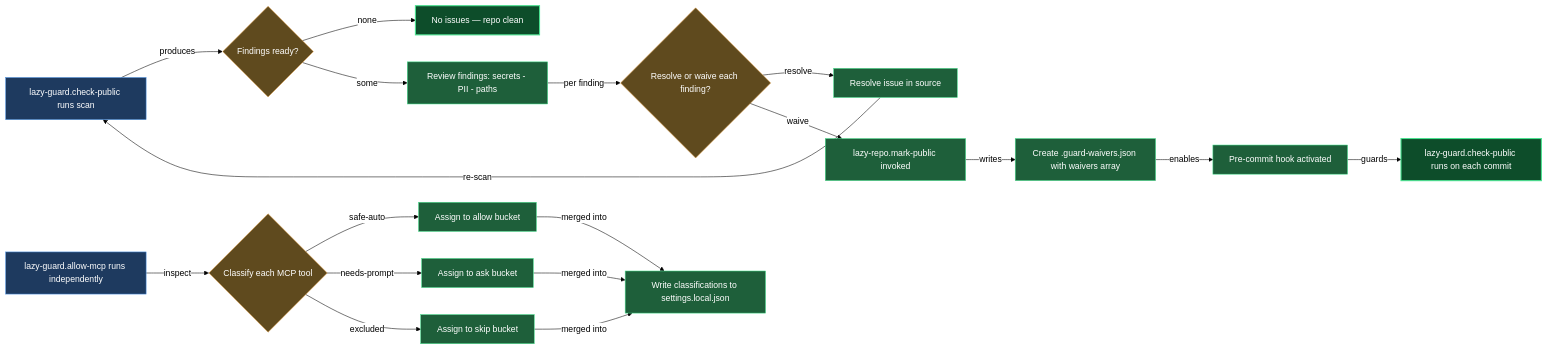
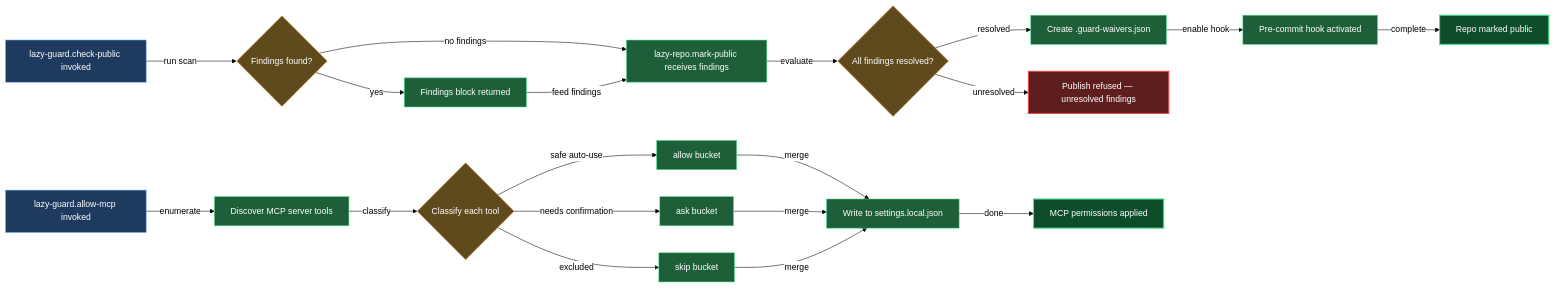
The diagram in Claude/lazycortex-core/help/guardian.md (mebius-san/lazy-cortex), drawn with Mermaid before and after one commit. The commit also changed other lines of this file and 96 other files, not shown here.

````diff
--- a/Claude/lazycortex-core/help/guardian.md
+++ b/Claude/lazycortex-core/help/guardian.md
@@ -66,62 +66,66 @@
 ```mermaid
 %%{init: {'themeVariables':{'background':'transparent','lineColor':'#000','textColor':'#000','edgeLabelBackground':'#fff'},'themeCSS':'.edgeLabel{background-color:transparent!important}.edgeLabel p{background-color:transparent!important}','flowchart':{'diagramPadding':5,'useMaxWidth':true}}}%%
 flowchart LR
-  runCheckPublic[lazy-guard.check-public runs scan]
-  findingsReady{Findings ready?}
-  noFindings[No issues — repo clean]
-  reviewFindings[Review findings: secrets - PII - paths]
-  resolveOrWaive{Resolve or waive each finding?}
-  resolveIssue[Resolve issue in source]
-  invokeMarkPublic[lazy-repo.mark-public invoked]
-  createWaivers[Create .guard-waivers.json with waivers array]
+  invokeCheckPublic[lazy-guard.check-public invoked]
+  scanRepo{Findings found?}
+  findingsBlock[Findings block returned]
+  invokeMarkPublic[lazy-repo.mark-public receives findings]
+  resolveFindings{All findings resolved?}
+  createWaivers[Create .guard-waivers.json]
   activateHook[Pre-commit hook activated]
-  hookGuardsCommits[lazy-guard.check-public runs on each commit]
-  runAllowMcp[lazy-guard.allow-mcp runs independently]
-  classifyTools{Classify each MCP tool}
-  allowBucket[Assign to allow bucket]
-  askBucket[Assign to ask bucket]
-  skipBucket[Assign to skip bucket]
-  writeSettings[Write classifications to settings.local.json]
+  markPublicDone[Repo marked public]
+  refusePublish[Publish refused — unresolved findings]
 
-  runCheckPublic -->|produces| findingsReady
-  findingsReady -->|none| noFindings
-  findingsReady -->|some| reviewFindings
-  reviewFindings -->|per finding| resolveOrWaive
-  resolveOrWaive -->|resolve| resolveIssue
-  resolveIssue -->|re-scan| runCheckPublic
-  resolveOrWaive -->|waive| invokeMarkPublic
-  invokeMarkPublic -->|writes| createWaivers
-  createWaivers -->|enables| activateHook
-  activateHook -->|guards| hookGuardsCommits
+  invokeAllowMcp[lazy-guard.allow-mcp invoked]
+  discoverTools[Discover MCP server tools]
+  classifyTools{Classify each tool}
+  allowBucket[allow bucket]
+  askBucket[ask bucket]
+  skipBucket[skip bucket]
+  writeSettings[Write to settings.local.json]
+  allowMcpDone[MCP permissions applied]
 
-  runAllowMcp -->|inspect| classifyTools
-  classifyTools -->|safe-auto| allowBucket
-  classifyTools -->|needs-prompt| askBucket
+  invokeCheckPublic -->|run scan| scanRepo
+  scanRepo -->|yes| findingsBlock
+  scanRepo -->|no findings| invokeMarkPublic
+  findingsBlock -->|feed findings| invokeMarkPublic
+  invokeMarkPublic -->|evaluate| resolveFindings
+  resolveFindings -->|resolved| createWaivers
+  resolveFindings -->|unresolved| refusePublish
+  createWaivers -->|enable hook| activateHook
+  activateHook -->|complete| markPublicDone
+
+  invokeAllowMcp -->|enumerate| discoverTools
+  discoverTools -->|classify| classifyTools
+  classifyTools -->|safe auto-use| allowBucket
+  classifyTools -->|needs confirmation| askBucket
   classifyTools -->|excluded| skipBucket
-  allowBucket -->|merged into| writeSettings
-  askBucket -->|merged into| writeSettings
-  skipBucket -->|merged into| writeSettings
+  allowBucket -->|merge| writeSettings
+  askBucket -->|merge| writeSettings
+  skipBucket -->|merge| writeSettings
+  writeSettings -->|done| allowMcpDone
 
   classDef entry fill:#1e3a5f,stroke:#4a90e2,color:#fff
   classDef guard fill:#5f4a1e,stroke:#e2a14a,color:#fff
   classDef action fill:#1e5f3a,stroke:#4ae290,color:#fff
   classDef success fill:#0d4d2a,stroke:#4ae290,color:#fff,stroke-width:2px
   classDef error fill:#5f1e1e,stroke:#e24a4a,color:#fff,stroke-width:2px
 
-  class runCheckPublic entry
-  class runAllowMcp entry
-  class findingsReady guard
-  class resolveOrWaive guard
+  class invokeCheckPublic entry
+  class invokeAllowMcp entry
+  class scanRepo guard
+  class resolveFindings guard
   class classifyTools guard
-  class reviewFindings action
-  class resolveIssue action
+  class findingsBlock action
   class invokeMarkPublic action
   class createWaivers action
   class activateHook action
-  class writeSettings action
+  class discoverTools action
   class allowBucket action
   class askBucket action
   class skipBucket action
-  class noFindings success
-  class hookGuardsCommits success
+  class writeSettings action
+  class markPublicDone success
+  class allowMcpDone success
+  class refusePublish error
 ```
````
